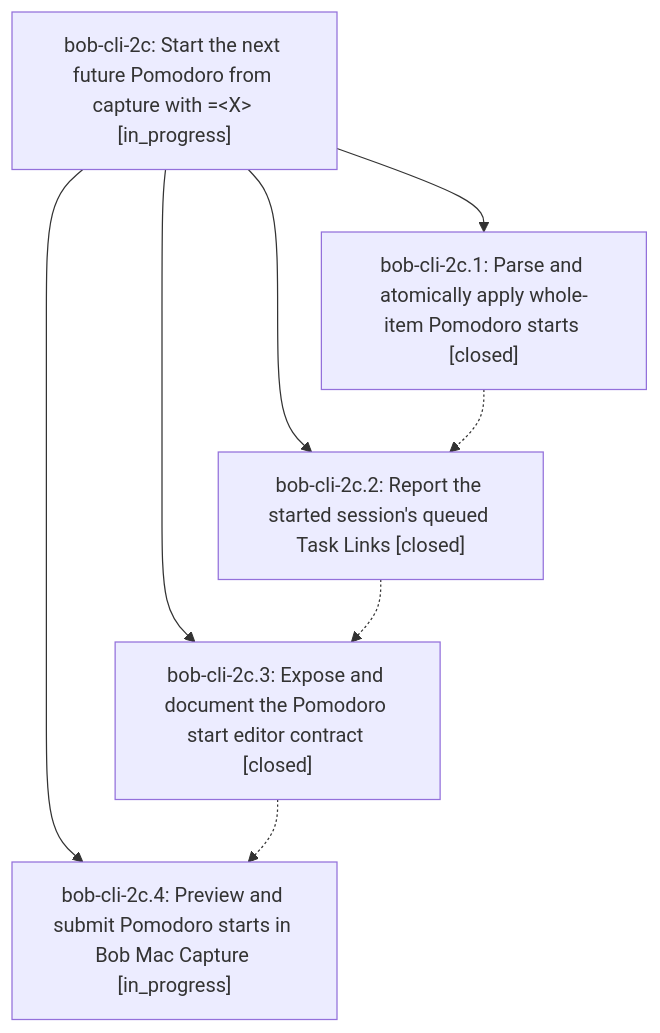
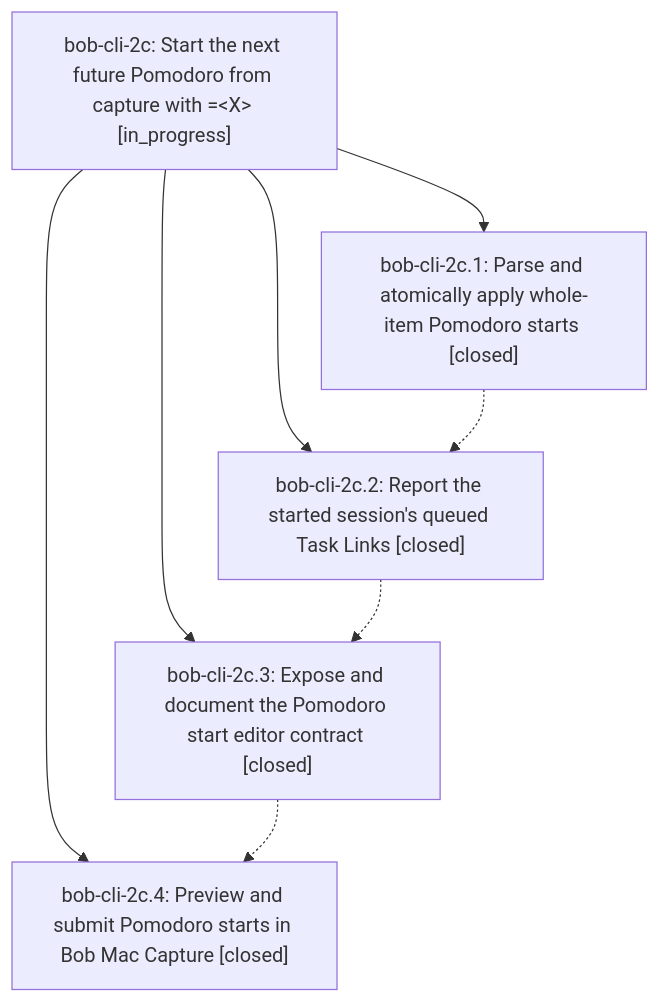
The diagram in pages/bob-cli-2c/README.md (bobs-org/bob-cli--beads), drawn with Mermaid before and after one commit. The commit also changed other lines of this file and 2 other files, not shown here.

Commit message:
chore(beads): sync bead state and pages for bob-cli-2c
SASE_TYPE=beads
SASE_AGENT=[bbugyi200.apollo.bob-cli-2c.4][1]

[1]: https://github.com/bobs-org/bob-cli--agents/blob/main/agents/bbugyi200.apollo.bob-cli-2c.4/README.md

````diff
--- a/pages/bob-cli-2c/README.md
+++ b/pages/bob-cli-2c/README.md
@@ -25,15 +25,15 @@
 ```mermaid
 flowchart TD
     n0["bob-cli-2c: Start the next future Pomodoro from capture with =&lt;X&gt; [in_progress]"]
     n1["bob-cli-2c.1: Parse and atomically apply whole-item Pomodoro starts [closed]"]
     n2["bob-cli-2c.2: Report the started session's queued Task Links [closed]"]
     n3["bob-cli-2c.3: Expose and document the Pomodoro start editor contract [closed]"]
-    n4["bob-cli-2c.4: Preview and submit Pomodoro starts in Bob Mac Capture [in_progress]"]
+    n4["bob-cli-2c.4: Preview and submit Pomodoro starts in Bob Mac Capture [closed]"]
     n0 --> n1
     n0 --> n2
     n0 --> n3
     n0 --> n4
     n1 -.-> n2
     n2 -.-> n3
     n3 -.-> n4
 ```
````
